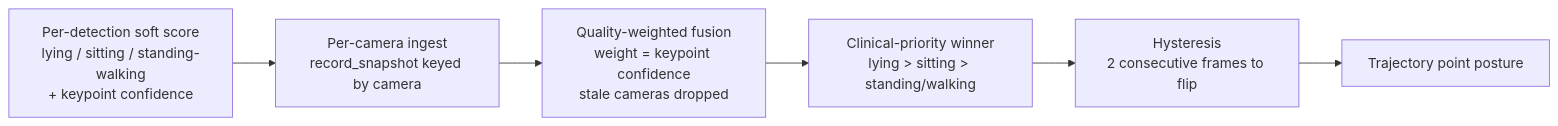
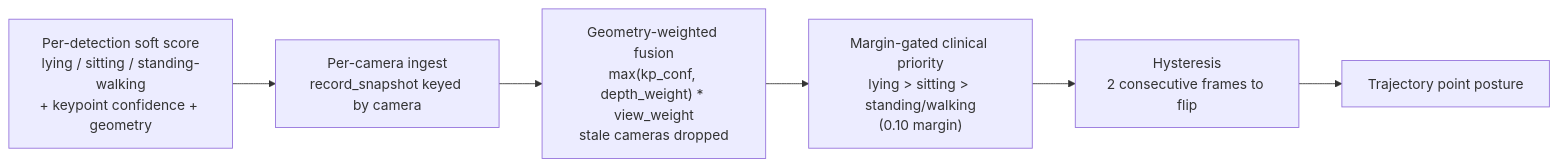
The third of 6 diagrams in docs/features/continuous-tracking/tracking-concepts.md (SilverMind-Project/SilverMind-Project.github.io), drawn with Mermaid before and after one commit. The commit also changed other lines of this file and 9 other files, not shown here.

Commit message:
Reconcile CTS and CC architecture, contracts, and API docs with deployed code

````diff
--- a/docs/features/continuous-tracking/tracking-concepts.md
+++ b/docs/features/continuous-tracking/tracking-concepts.md
@@ -211,10 +212,10 @@
 ```mermaid
 flowchart LR
-    Score["Per-detection soft score\nlying / sitting / standing-walking\n+ keypoint confidence"]
+    Score["Per-detection soft score\nlying / sitting / standing-walking\n+ keypoint confidence + geometry"]
     Ingest["Per-camera ingest\nrecord_snapshot keyed by camera"]
-    Fuse["Quality-weighted fusion\nweight = keypoint confidence\nstale cameras dropped"]
-    Resolve["Clinical-priority winner\nlying > sitting > standing/walking"]
+    Fuse["Geometry-weighted fusion\nmax(kp_conf, depth_weight) * view_weight\nstale cameras dropped"]
+    Resolve["Margin-gated clinical priority\nlying > sitting > standing/walking\n(0.10 margin)"]
     Smooth["Hysteresis\n2 consecutive frames to flip"]
     Write["Trajectory point posture"]
     Score --> Ingest --> Fuse --> Resolve --> Smooth --> Write
 ```
````
